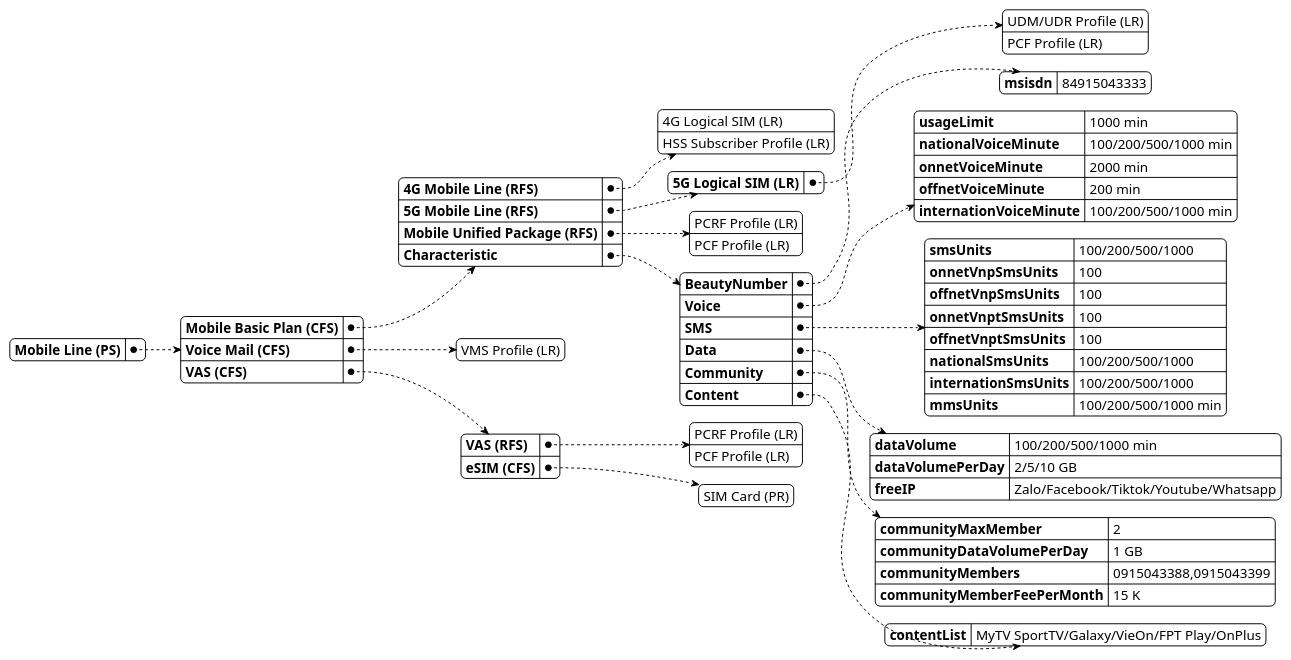
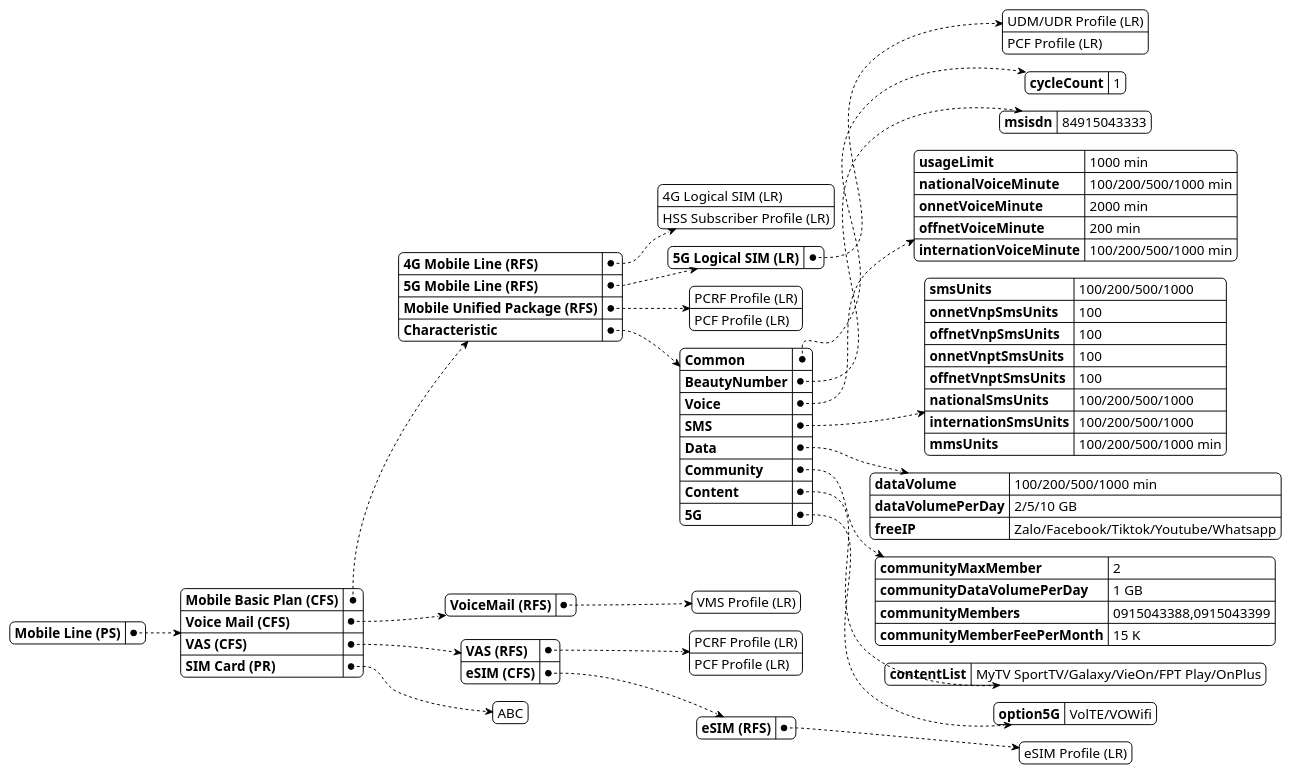
Before and after one commit to tuannm49/ODA: the diagram in PlantUML/ProductSpecification_thuannc.plantuml, drawn with PlantUML. The commit also changed 10 other files, not shown here.

```diff
--- a/PlantUML/ProductSpecification_thuannc.plantuml
+++ b/PlantUML/ProductSpecification_thuannc.plantuml
@@ -1,56 +1,61 @@
 @startyaml
 !theme plain
 
 Mobile Line (PS):
     Mobile Basic Plan (CFS):
         4G Mobile Line (RFS):
             - 4G Logical SIM (LR)
             - HSS Subscriber Profile (LR)
         5G Mobile Line (RFS):
             5G Logical SIM (LR):
                 - UDM/UDR Profile (LR)
                 - PCF Profile (LR)
         Mobile Unified Package (RFS):
             - PCRF Profile (LR)
             - PCF Profile (LR)
         Characteristic:
+            Common:
+                cycleCount:1
             BeautyNumber: 
                 msisdn:84915043333
             Voice:
                 usageLimit:1000 min
                 nationalVoiceMinute: 100/200/500/1000 min
                 onnetVoiceMinute:2000 min
                 offnetVoiceMinute:200 min
                 internationVoiceMinute: 100/200/500/1000 min
             SMS:
                 smsUnits: 100/200/500/1000
                 onnetVnpSmsUnits:100
                 offnetVnpSmsUnits:100
                 onnetVnptSmsUnits:100
                 offnetVnptSmsUnits:100
                 nationalSmsUnits: 100/200/500/1000
                 internationSmsUnits: 100/200/500/1000 
                 mmsUnits: 100/200/500/1000 min
             Data:
                 dataVolume: 100/200/500/1000 min
                 dataVolumePerDay:2/5/10 GB
                 freeIP:Zalo/Facebook/Tiktok/Youtube/Whatsapp
             Community:
                 communityMaxMember:2    
                 communityDataVolumePerDay:1 GB
                 communityMembers:0915043388,0915043399
                 communityMemberFeePerMonth:15 K
             Content:
                 contentList: MyTV SportTV/Galaxy/VieOn/FPT Play/OnPlus
+            5G:
+                option5G:VolTE/VOWifi
     Voice Mail (CFS):
-        VoiceMail (RFS)
+        VoiceMail (RFS):
             - VMS Profile (LR)
     VAS (CFS):
         VAS (RFS):
             - PCRF Profile (LR)
             - PCF Profile (LR)
         eSIM (CFS):
             eSIM (RFS):
                 - eSIM Profile (LR)
-        - SIM Card (PR)
+    SIM Card (PR):
+        - ABC
 @endyaml
```
